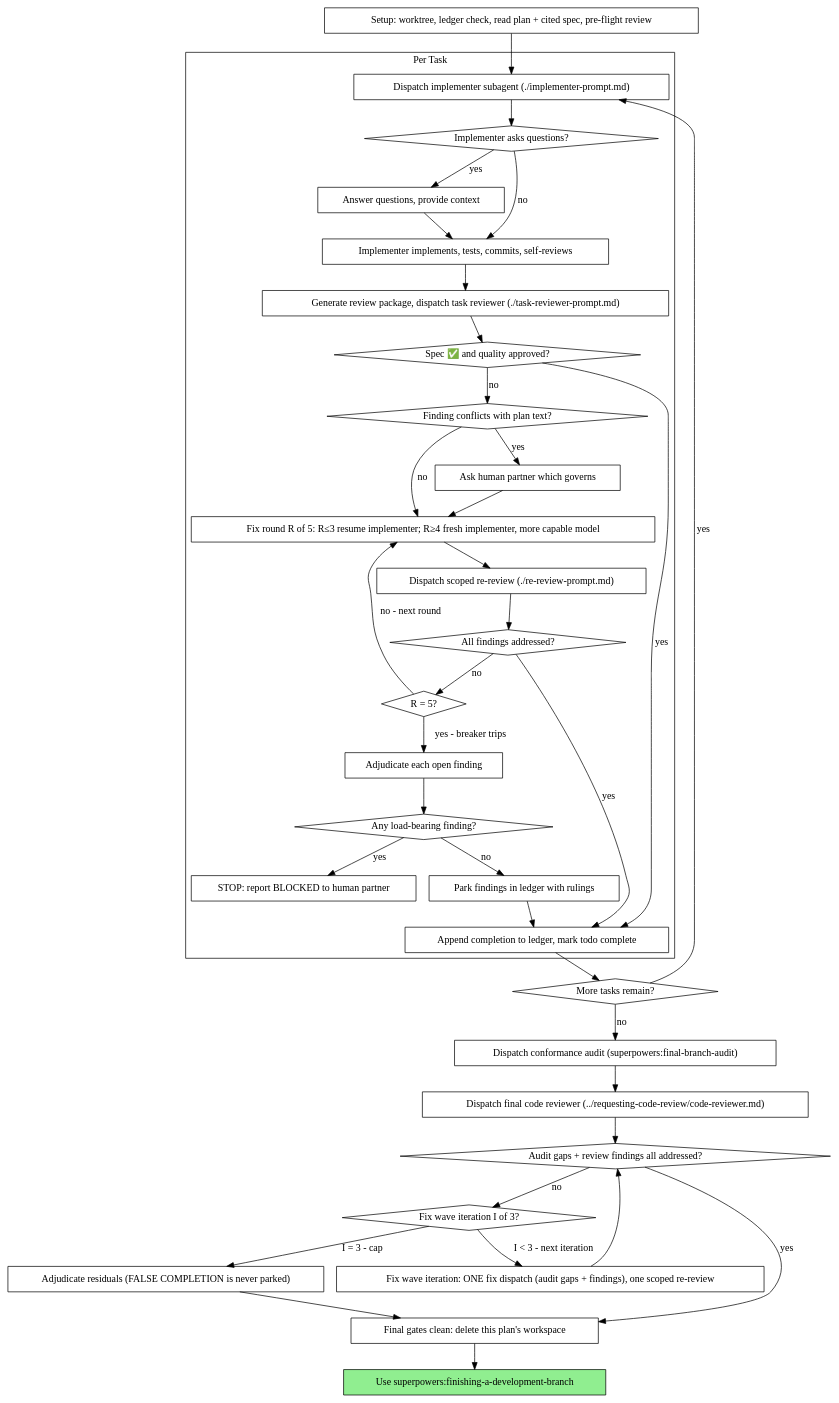
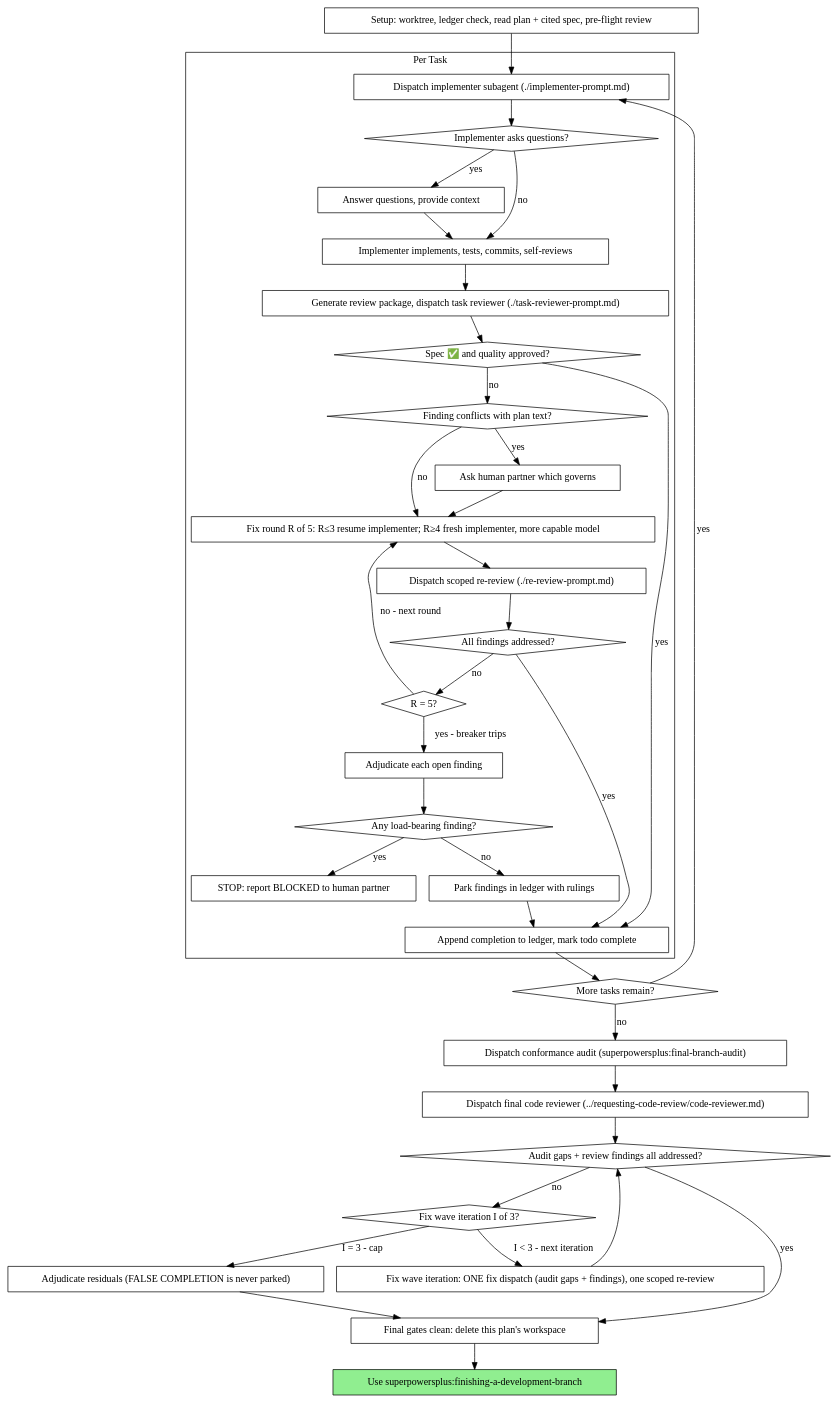
One commit to rodrigopaitach/superpowersplus changed the second of 2 diagrams in skills/subagent-driven-development/SKILL.md. Above: the diagram before and after it, drawn with Graphviz. The commit also changed other lines of this file and 27 other files, not shown here.

````diff
--- a/skills/subagent-driven-development/SKILL.md
+++ b/skills/subagent-driven-development/SKILL.md
@@ -47,72 +47,72 @@
 ```dot
 digraph process {
     rankdir=TB;
 
     subgraph cluster_per_task {
         label="Per Task";
         "Dispatch implementer subagent (./implementer-prompt.md)" [shape=box];
         "Implementer asks questions?" [shape=diamond];
         "Answer questions, provide context" [shape=box];
         "Implementer implements, tests, commits, self-reviews" [shape=box];
         "Generate review package, dispatch task reviewer (./task-reviewer-prompt.md)" [shape=box];
         "Spec ✅ and quality approved?" [shape=diamond];
         "Finding conflicts with plan text?" [shape=diamond];
         "Ask human partner which governs" [shape=box];
         "Fix round R of 5: R≤3 resume implementer; R≥4 fresh implementer, more capable model" [shape=box];
         "Dispatch scoped re-review (./re-review-prompt.md)" [shape=box];
         "All findings addressed?" [shape=diamond];
         "R = 5?" [shape=diamond];
         "Adjudicate each open finding" [shape=box];
         "Any load-bearing finding?" [shape=diamond];
         "STOP: report BLOCKED to human partner" [shape=box];
         "Park findings in ledger with rulings" [shape=box];
         "Append completion to ledger, mark todo complete" [shape=box];
     }
 
     "Setup: worktree, ledger check, read plan + cited spec, pre-flight review" [shape=box];
     "More tasks remain?" [shape=diamond];
-    "Dispatch conformance audit (superpowers:final-branch-audit)" [shape=box];
+    "Dispatch conformance audit (superpowersplus:final-branch-audit)" [shape=box];
     "Dispatch final code reviewer (../requesting-code-review/code-reviewer.md)" [shape=box];
     "Audit gaps + review findings all addressed?" [shape=diamond];
     "Fix wave iteration I of 3?" [shape=diamond];
     "Fix wave iteration: ONE fix dispatch (audit gaps + findings), one scoped re-review" [shape=box];
     "Adjudicate residuals (FALSE COMPLETION is never parked)" [shape=box];
     "Final gates clean: delete this plan's workspace" [shape=box];
-    "Use superpowers:finishing-a-development-branch" [shape=box style=filled fillcolor=lightgreen];
+    "Use superpowersplus:finishing-a-development-branch" [shape=box style=filled fillcolor=lightgreen];
 
     "Setup: worktree, ledger check, read plan + cited spec, pre-flight review" -> "Dispatch implementer subagent (./implementer-prompt.md)";
     "Dispatch implementer subagent (./implementer-prompt.md)" -> "Implementer asks questions?";
     "Implementer asks questions?" -> "Answer questions, provide context" [label="yes"];
     "Answer questions, provide context" -> "Implementer implements, tests, commits, self-reviews";
     "Implementer asks questions?" -> "Implementer implements, tests, commits, self-reviews" [label="no"];
     "Implementer implements, tests, commits, self-reviews" -> "Generate review package, dispatch task reviewer (./task-reviewer-prompt.md)";
     "Generate review package, dispatch task reviewer (./task-reviewer-prompt.md)" -> "Spec ✅ and quality approved?";
     "Spec ✅ and quality approved?" -> "Append completion to ledger, mark todo complete" [label="yes"];
     "Spec ✅ and quality approved?" -> "Finding conflicts with plan text?" [label="no"];
     "Finding conflicts with plan text?" -> "Ask human partner which governs" [label="yes"];
     "Ask human partner which governs" -> "Fix round R of 5: R≤3 resume implementer; R≥4 fresh implementer, more capable model";
     "Finding conflicts with plan text?" -> "Fix round R of 5: R≤3 resume implementer; R≥4 fresh implementer, more capable model" [label="no"];
     "Fix round R of 5: R≤3 resume implementer; R≥4 fresh implementer, more capable model" -> "Dispatch scoped re-review (./re-review-prompt.md)";
     "Dispatch scoped re-review (./re-review-prompt.md)" -> "All findings addressed?";
     "All findings addressed?" -> "Append completion to ledger, mark todo complete" [label="yes"];
     "All findings addressed?" -> "R = 5?" [label="no"];
     "R = 5?" -> "Fix round R of 5: R≤3 resume implementer; R≥4 fresh implementer, more capable model" [label="no - next round"];
     "R = 5?" -> "Adjudicate each open finding" [label="yes - breaker trips"];
     "Adjudicate each open finding" -> "Any load-bearing finding?";
     "Any load-bearing finding?" -> "STOP: report BLOCKED to human partner" [label="yes"];
     "Any load-bearing finding?" -> "Park findings in ledger with rulings" [label="no"];
     "Park findings in ledger with rulings" -> "Append completion to ledger, mark todo complete";
     "Append completion to ledger, mark todo complete" -> "More tasks remain?";
     "More tasks remain?" -> "Dispatch implementer subagent (./implementer-prompt.md)" [label="yes"];
-    "More tasks remain?" -> "Dispatch conformance audit (superpowers:final-branch-audit)" [label="no"];
-    "Dispatch conformance audit (superpowers:final-branch-audit)" -> "Dispatch final code reviewer (../requesting-code-review/code-reviewer.md)";
+    "More tasks remain?" -> "Dispatch conformance audit (superpowersplus:final-branch-audit)" [label="no"];
+    "Dispatch conformance audit (superpowersplus:final-branch-audit)" -> "Dispatch final code reviewer (../requesting-code-review/code-reviewer.md)";
     "Dispatch final code reviewer (../requesting-code-review/code-reviewer.md)" -> "Audit gaps + review findings all addressed?";
     "Audit gaps + review findings all addressed?" -> "Final gates clean: delete this plan's workspace" [label="yes"];
     "Audit gaps + review findings all addressed?" -> "Fix wave iteration I of 3?" [label="no"];
     "Fix wave iteration I of 3?" -> "Fix wave iteration: ONE fix dispatch (audit gaps + findings), one scoped re-review" [label="I < 3 - next iteration"];
     "Fix wave iteration I of 3?" -> "Adjudicate residuals (FALSE COMPLETION is never parked)" [label="I = 3 - cap"];
     "Fix wave iteration: ONE fix dispatch (audit gaps + findings), one scoped re-review" -> "Audit gaps + review findings all addressed?";
     "Adjudicate residuals (FALSE COMPLETION is never parked)" -> "Final gates clean: delete this plan's workspace";
-    "Final gates clean: delete this plan's workspace" -> "Use superpowers:finishing-a-development-branch";
+    "Final gates clean: delete this plan's workspace" -> "Use superpowersplus:finishing-a-development-branch";
 }
 ```
````
